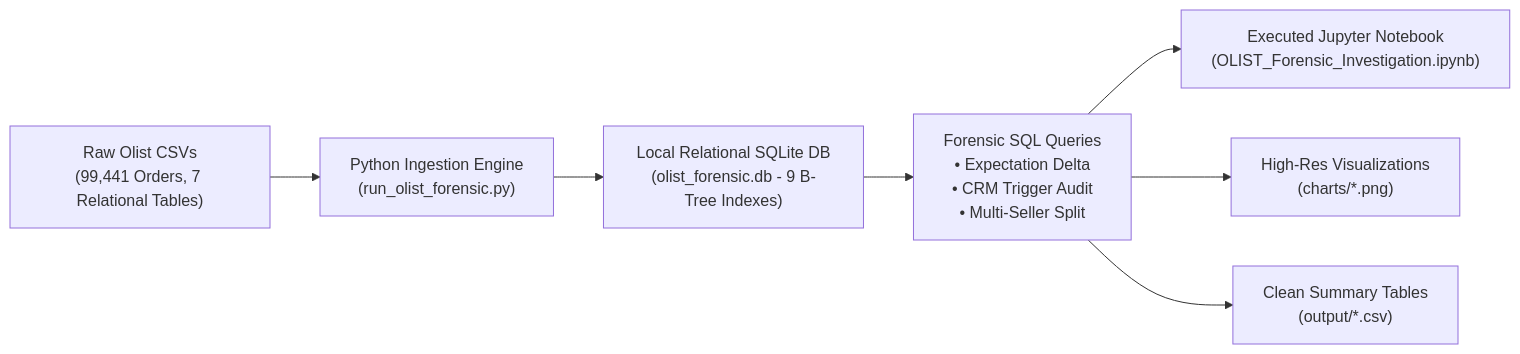
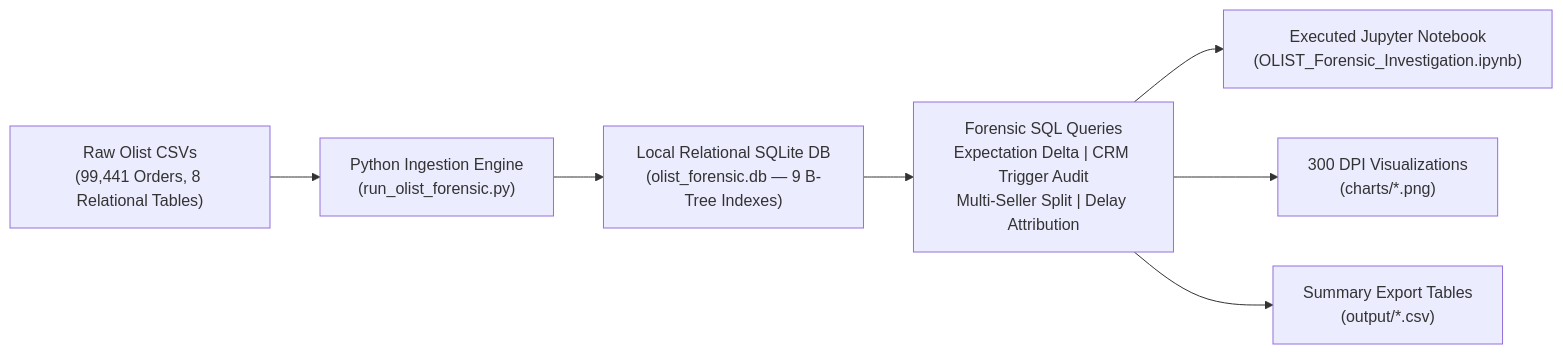
One commit to saroopmandal-arch/OLIST-Analysis changed the diagram in README.md. Above: the diagram before and after it, drawn with Mermaid. The commit also changed other lines of this file and 9 other files, not shown here.

Commit message:
feat(forensic): regenerate 300 DPI Google-palette charts, rebuild executed notebook, polish README

````diff
--- a/README.md
+++ b/README.md
@@ -40,9 +44,9 @@
 ```mermaid
 flowchart LR
-    A["Raw Olist CSVs<br/>(99,441 Orders, 7 Relational Tables)"] --> B["Python Ingestion Engine<br/>(run_olist_forensic.py)"]
-    B --> C["Local Relational SQLite DB<br/>(olist_forensic.db - 9 B-Tree Indexes)"]
-    C --> D["Forensic SQL Queries<br/>• Expectation Delta<br/>• CRM Trigger Audit<br/>• Multi-Seller Split"]
+    A["Raw Olist CSVs<br/>(99,441 Orders, 8 Relational Tables)"] --> B["Python Ingestion Engine<br/>(run_olist_forensic.py)"]
+    B --> C["Local Relational SQLite DB<br/>(olist_forensic.db — 9 B-Tree Indexes)"]
+    C --> D["Forensic SQL Queries<br/>Expectation Delta | CRM Trigger Audit<br/>Multi-Seller Split | Delay Attribution"]
     D --> E["Executed Jupyter Notebook<br/>(OLIST_Forensic_Investigation.ipynb)"]
-    D --> F["High-Res Visualizations<br/>(charts/*.png)"]
-    D --> G["Clean Summary Tables<br/>(output/*.csv)"]
+    D --> F["300 DPI Visualizations<br/>(charts/*.png)"]
+    D --> G["Summary Export Tables<br/>(output/*.csv)"]
 ```
````
